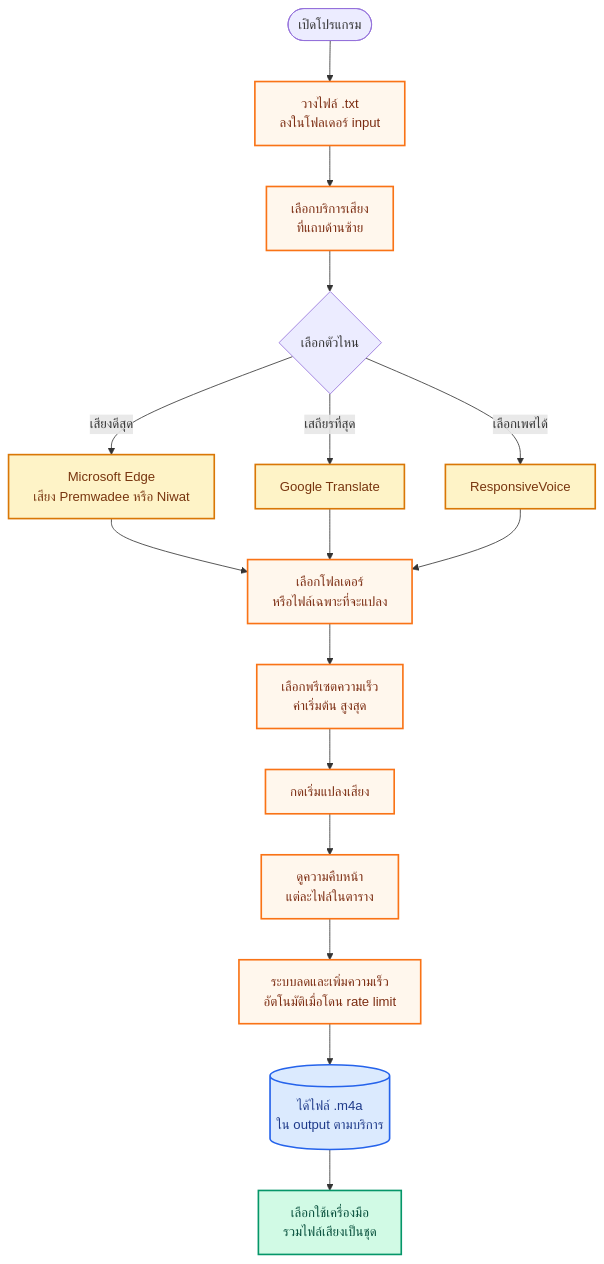
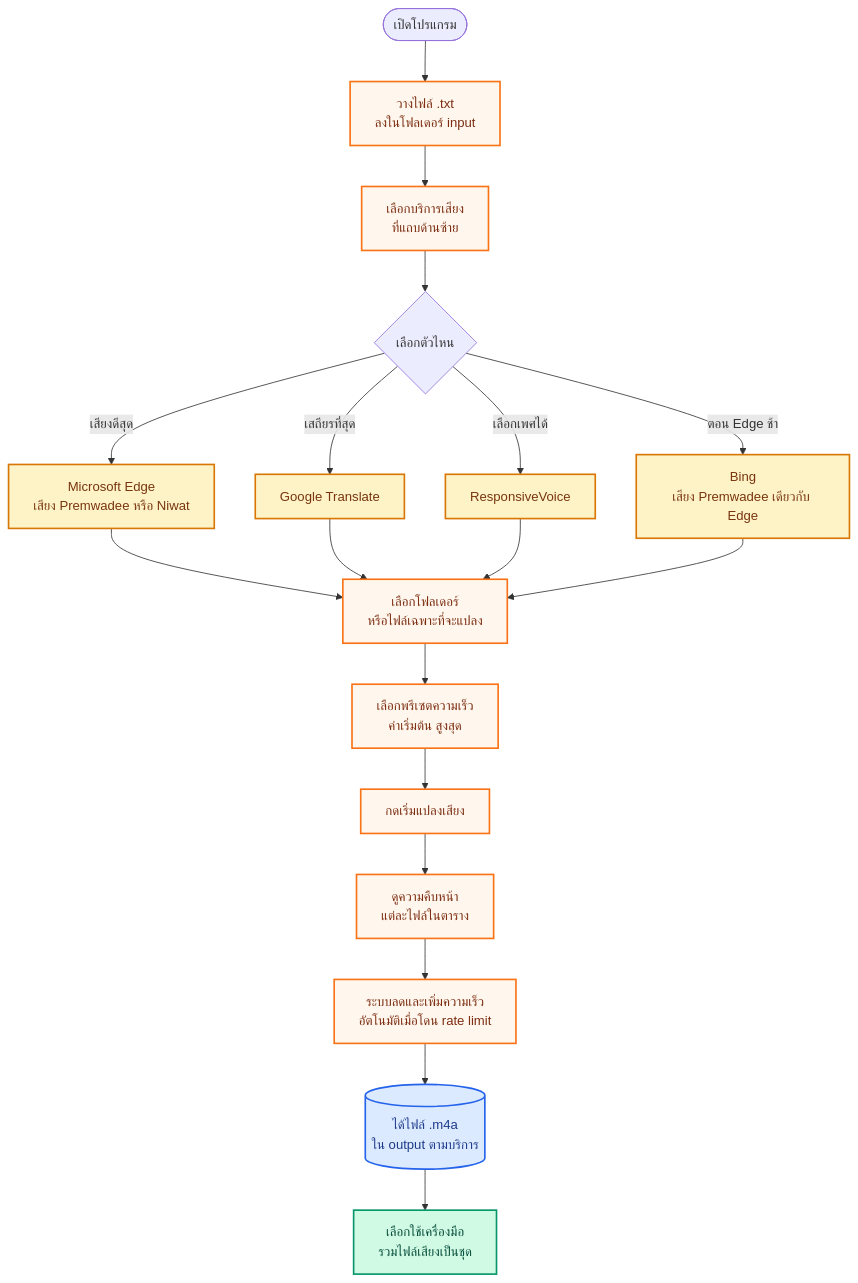
Before and after one commit to snibzyz/inktts: the diagram in README.md, drawn with Mermaid. The commit also changed other lines of this file and 20 other files, not shown here.

First line of the commit message:
feat(เสียง): บริการใหม่ Bing — เสียง Premwadee เดียวกับ Edge ผ่าน Bing Translator · เร็วกว่าตอน Edge ช้า (16 kHz) · release v2.1.0

````diff
--- a/README.md
+++ b/README.md
@@ -108,33 +108,35 @@
 ```mermaid
 flowchart TD
     Start(["เปิดโปรแกรม"]) --> Drop["วางไฟล์ .txt<br/>ลงในโฟลเดอร์ input"]
     Drop --> Pick["เลือกบริการเสียง<br/>ที่แถบด้านซ้าย"]
     Pick --> Service{"เลือกตัวไหน"}
 
     Service -->|เสียงดีสุด| Edge["Microsoft Edge<br/>เสียง Premwadee หรือ Niwat"]
     Service -->|เสถียรที่สุด| Google["Google Translate"]
     Service -->|เลือกเพศได้| RV["ResponsiveVoice"]
+    Service -->|ตอน Edge ช้า| Bing["Bing<br/>เสียง Premwadee เดียวกับ Edge"]
 
     Edge --> Files["เลือกโฟลเดอร์<br/>หรือไฟล์เฉพาะที่จะแปลง"]
     Google --> Files
     RV --> Files
+    Bing --> Files
 
     Files --> Preset["เลือกพรีเซตความเร็ว<br/>ค่าเริ่มต้น สูงสุด"]
     Preset --> Run["กดเริ่มแปลงเสียง"]
 
     Run --> Progress["ดูความคืบหน้า<br/>แต่ละไฟล์ในตาราง"]
     Progress --> Adapt["ระบบลดและเพิ่มความเร็ว<br/>อัตโนมัติเมื่อโดน rate limit"]
     Adapt --> Result[("ได้ไฟล์ .m4a<br/>ใน output ตามบริการ")]
 
     Result --> Optional["เลือกใช้เครื่องมือ<br/>รวมไฟล์เสียงเป็นชุด"]
 
     classDef step fill:#fff7ed,stroke:#f97316,stroke-width:2px,color:#7c2d12
     classDef service fill:#fef3c7,stroke:#d97706,stroke-width:2px,color:#78350f
     classDef result fill:#dbeafe,stroke:#2563eb,stroke-width:2px,color:#1e3a8a
     classDef done fill:#d1fae5,stroke:#059669,stroke-width:2px,color:#064e3b
 
     class Drop,Pick,Files,Preset,Run,Adapt,Progress step
-    class Edge,Google,RV service
+    class Edge,Google,RV,Bing service
     class Result result
     class Optional done
 ```
````
